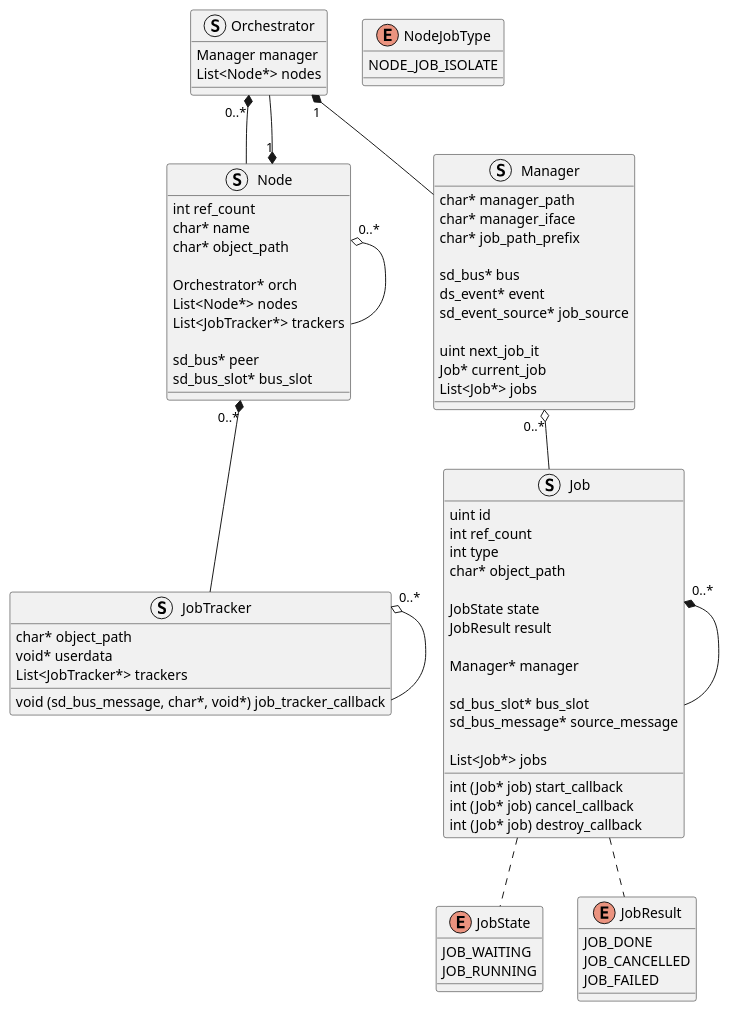
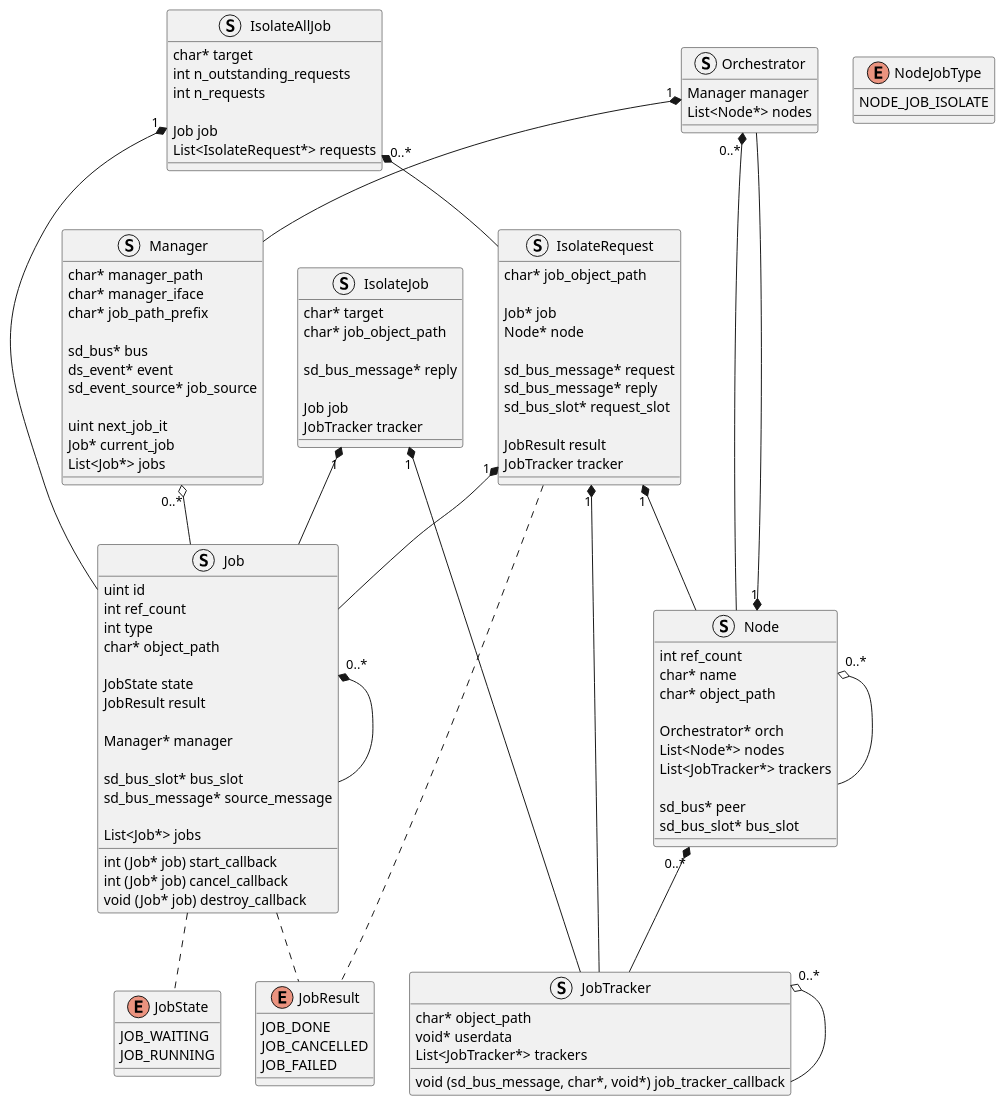
The diagram in doc/structs.puml (eclipse-bluechi/bluechi), drawn with PlantUML before and after one commit. The commit also changed 3 other files, not shown here.

```diff
--- a/doc/structs.puml
+++ b/doc/structs.puml
@@ -1,93 +1,137 @@
 @startuml orch-structs
 struct Orchestrator{
    Manager manager
    List<Node*> nodes
 }
 
 struct Node{
    int ref_count
    char* name
    char* object_path
 
    Orchestrator* orch
    List<Node*> nodes
    List<JobTracker*> trackers
 
    sd_bus* peer
    sd_bus_slot* bus_slot
 }
 
 struct JobTracker {
    char* object_path
    void (sd_bus_message, char*, void*) job_tracker_callback
    void* userdata
    List<JobTracker*> trackers
 }
 
 struct Manager {
    char* manager_path
    char* manager_iface
    char* job_path_prefix
 
    sd_bus* bus
    ds_event* event
    sd_event_source* job_source
 
    uint next_job_it
    Job* current_job
    List<Job*> jobs
 }
 
 struct Job {
    uint id
    int ref_count
    int type
    char* object_path
 
    JobState state
    JobResult result
    
    Manager* manager
    
    sd_bus_slot* bus_slot
    sd_bus_message* source_message
 
    List<Job*> jobs
    
    int (Job* job) start_callback
    int (Job* job) cancel_callback
-   int (Job* job) destroy_callback
+   void (Job* job) destroy_callback
 }
 
 enum JobState {
    JOB_WAITING
    JOB_RUNNING
 }
 
 enum JobResult {
    JOB_DONE
    JOB_CANCELLED
    JOB_FAILED
 }
 
 enum NodeJobType {
    NODE_JOB_ISOLATE
+}
+
+struct IsolateAllJob {
+   char* target
+   int n_outstanding_requests
+   int n_requests
+   
+   Job job
+   List<IsolateRequest*> requests
+}
+
+struct IsolateRequest {
+   char* job_object_path
+   
+   Job* job
+   Node* node
+   
+   sd_bus_message* request
+   sd_bus_message* reply
+   sd_bus_slot* request_slot
+   
+   JobResult result
+   JobTracker tracker
+}
+
+struct IsolateJob {
+   char* target
+   char* job_object_path
+
+   sd_bus_message* reply
+
+   Job job
+   JobTracker tracker
 }
 
 
 Orchestrator "0..*" *-- Node
 Orchestrator --* "1" Node
 Orchestrator "1" *-- Manager
 
 Node "0..*" o-- Node
 Node "0..*" *-- JobTracker
 
 JobTracker "0..*" o-- JobTracker
 
 Manager "0..*" o-- Job
 
 Job .. JobState
 Job .. JobResult
 Job "0..*" *-- Job
 
+IsolateAllJob "0..*" *-- IsolateRequest
+IsolateAllJob "1" *-- Job
+
+IsolateRequest "1" *-- Job
+IsolateRequest "1" *-- Node
+IsolateRequest "1" *-- JobTracker
+IsolateRequest .. JobResult
+
+IsolateJob "1" *-- Job
+IsolateJob "1" *-- JobTracker
+
 @enduml
```
